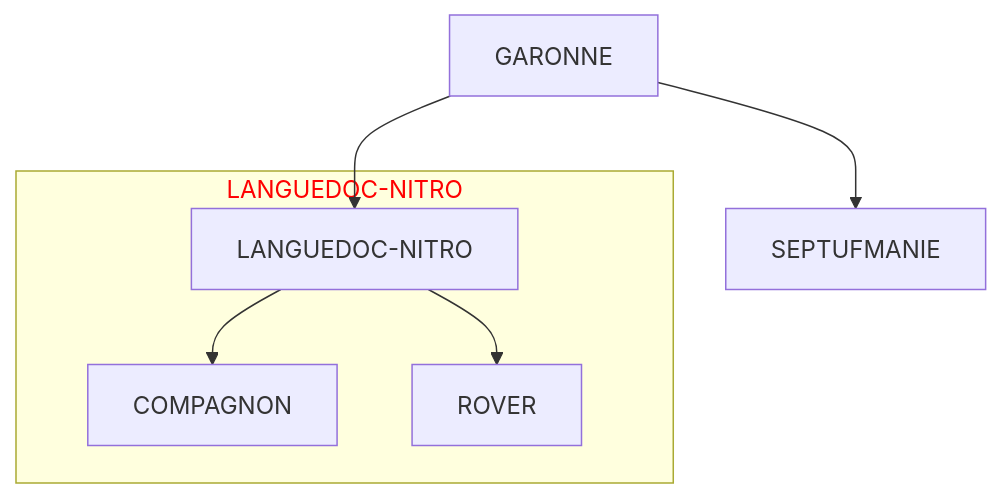
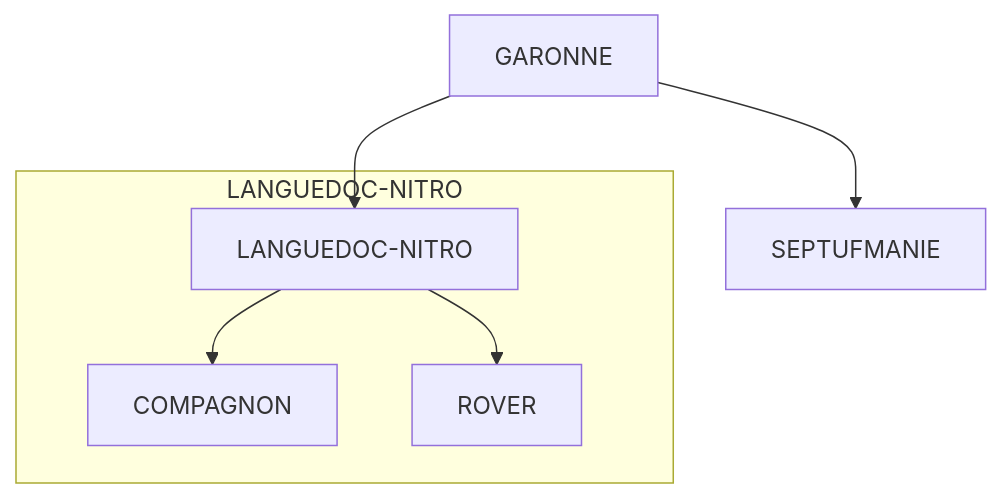
Before and after one commit to Septimania/septimania: the diagram in README.md, drawn with Mermaid.

````diff
--- a/README.md
+++ b/README.md
@@ -113,11 +113,11 @@
 ```mermaid
   graph TD
       A[GARONNE] --> B[LANGUEDOC-NITRO]
       subgraph NITRO [LANGUEDOC-NITRO]
       B --> C[COMPAGNON]
       B --> D[ROVER]
       end
       A --> E[SEPTUFMANIE]
 
-      style NITRO color:#f00
+      style NITRO background-color:#f00
 ```
````
